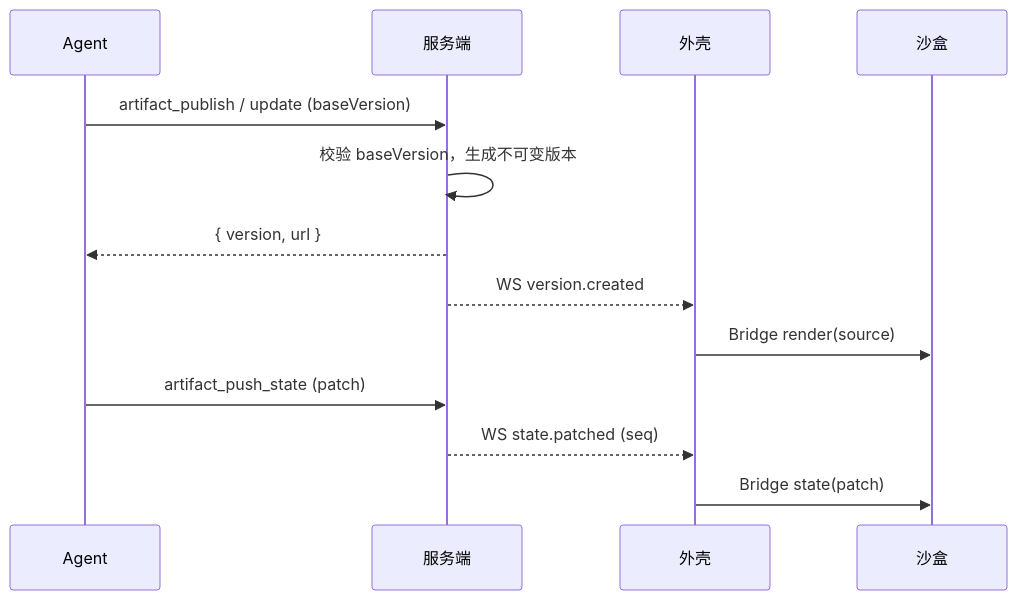
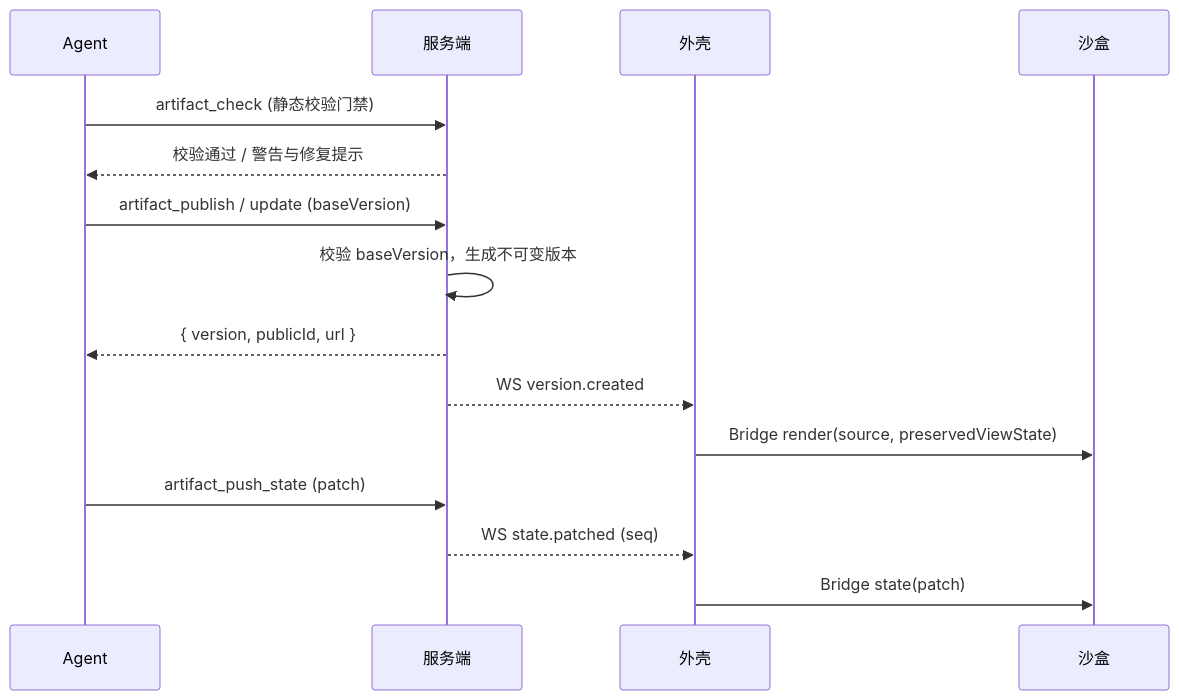
The third of 6 diagrams in docs/design/architecture.md (VOD-Studio/akasha-artifacts), drawn with Mermaid before and after one commit. The commit also changed other lines of this file and 1 other file, not shown here.

````diff
--- a/docs/design/architecture.md
+++ b/docs/design/architecture.md
@@ -197,15 +223,17 @@
 ```mermaid
 sequenceDiagram
     participant Ag as Agent
     participant S as 服务端
     participant Sh as 外壳
     participant Sb as 沙盒
+    Ag->>S: artifact_check (静态校验门禁)
+    S-->>Ag: 校验通过 / 警告与修复提示
     Ag->>S: artifact_publish / update (baseVersion)
     S->>S: 校验 baseVersion，生成不可变版本
-    S-->>Ag: { version, url }
+    S-->>Ag: { version, publicId, url }
     S-->>Sh: WS version.created
-    Sh->>Sb: Bridge render(source)
+    Sh->>Sb: Bridge render(source, preservedViewState)
     Ag->>S: artifact_push_state (patch)
     S-->>Sh: WS state.patched (seq)
     Sh->>Sb: Bridge state(patch)
 ```
````
